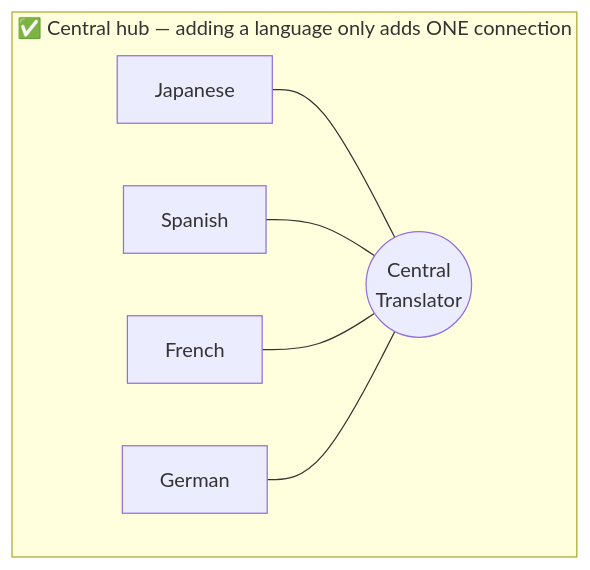
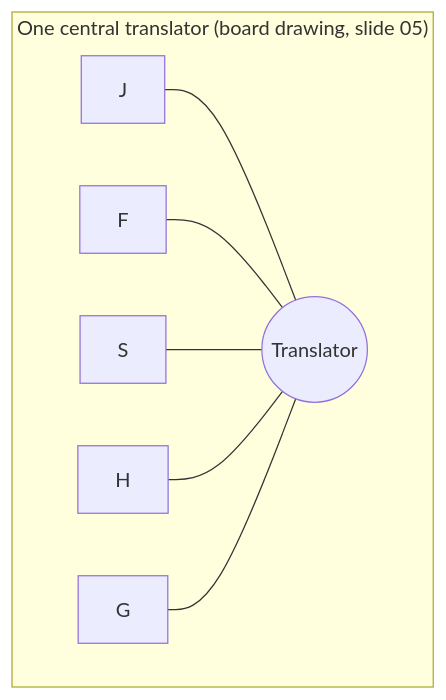
One commit to developerashok99/green-c-mule-notes changed the fifth of 7 diagrams in detailed-notes/day01.md. Above: the diagram before and after it, drawn with Mermaid. The commit also changed other lines of this file and 3 other files, not shown here.

````diff
--- a/detailed-notes/day01.md
+++ b/detailed-notes/day01.md
@@ -74,10 +78,11 @@
 ```mermaid
 flowchart TB
-    subgraph "✅ Central hub — adding a language only adds ONE connection"
-    Hub((Central<br/>Translator))
-    J2[Japanese] --- Hub
-    S2[Spanish] --- Hub
-    F2[French] --- Hub
-    G2[German] --- Hub
+    subgraph HUB["One central translator (board drawing, slide 05)"]
+    Hub((Translator))
+    J2[J] --- Hub
+    F2[F] --- Hub
+    S2[S] --- Hub
+    H2[H] --- Hub
+    G2[G] --- Hub
     end
 ```
````
